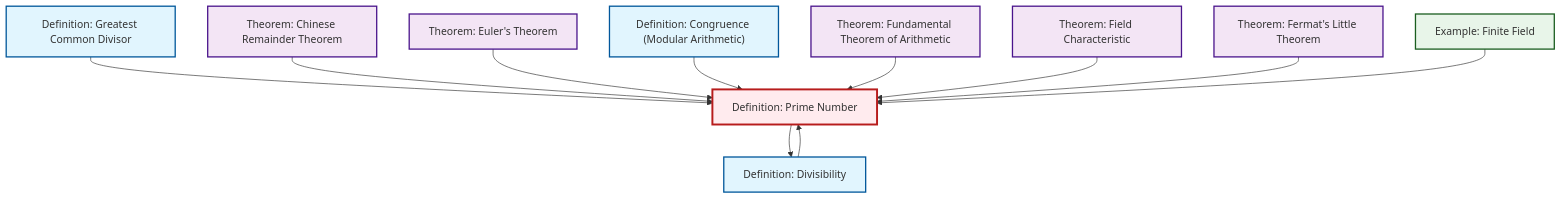
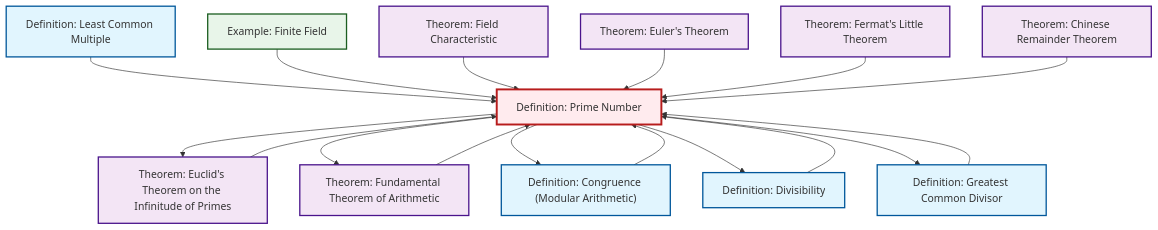
The diagram in output/mermaid/def-prime.mermaid (RK0429/ModernMath), drawn with Mermaid before and after one commit. The commit also changed 1914 other files, not shown here.

```diff
--- a/output/mermaid/def-prime.mermaid
+++ b/output/mermaid/def-prime.mermaid
@@ -1,28 +1,36 @@
 %%| fig-cap: "Local dependency graph"
 graph TD
     classDef definition fill:#e1f5fe,stroke:#01579b,stroke-width:2px
     classDef theorem fill:#f3e5f5,stroke:#4a148c,stroke-width:2px
     classDef axiom fill:#fff3e0,stroke:#e65100,stroke-width:2px
     classDef example fill:#e8f5e9,stroke:#1b5e20,stroke-width:2px
     classDef current fill:#ffebee,stroke:#b71c1c,stroke-width:3px
+    ex-finite-field["Example: Finite Field"]:::example
+    thm-euclid-infinitude-primes["Theorem: Euclid's Theorem on the Infinitude of Primes"]:::theorem
+    def-lcm["Definition: Least Common Multiple"]:::definition
     def-gcd["Definition: Greatest Common Divisor"]:::definition
+    def-divisibility["Definition: Divisibility"]:::definition
+    def-congruence["Definition: Congruence (Modular Arithmetic)"]:::definition
+    thm-field-characteristic["Theorem: Field Characteristic"]:::theorem
+    thm-chinese-remainder["Theorem: Chinese Remainder Theorem"]:::theorem
     def-prime["Definition: Prime Number"]:::definition
-    thm-chinese-remainder["Theorem: Chinese Remainder Theorem"]:::theorem
-    ex-finite-field["Example: Finite Field"]:::example
+    thm-fermat-little["Theorem: Fermat's Little Theorem"]:::theorem
     thm-euler["Theorem: Euler's Theorem"]:::theorem
-    def-congruence["Definition: Congruence (Modular Arithmetic)"]:::definition
-    thm-fermat-little["Theorem: Fermat's Little Theorem"]:::theorem
-    thm-field-characteristic["Theorem: Field Characteristic"]:::theorem
     thm-fundamental-arithmetic["Theorem: Fundamental Theorem of Arithmetic"]:::theorem
-    def-divisibility["Definition: Divisibility"]:::definition
+    def-lcm --> def-prime
+    def-divisibility --> def-prime
+    def-prime --> thm-euclid-infinitude-primes
+    def-prime --> thm-fundamental-arithmetic
+    ex-finite-field --> def-prime
+    def-congruence --> def-prime
+    def-prime --> def-congruence
+    def-prime --> def-divisibility
+    thm-field-characteristic --> def-prime
+    thm-euler --> def-prime
     def-gcd --> def-prime
+    thm-fermat-little --> def-prime
+    thm-euclid-infinitude-primes --> def-prime
+    thm-fundamental-arithmetic --> def-prime
     thm-chinese-remainder --> def-prime
-    thm-euler --> def-prime
-    def-congruence --> def-prime
-    thm-fundamental-arithmetic --> def-prime
-    thm-field-characteristic --> def-prime
-    def-prime --> def-divisibility
-    thm-fermat-little --> def-prime
-    ex-finite-field --> def-prime
-    def-divisibility --> def-prime
+    def-prime --> def-gcd
     class def-prime current
```
